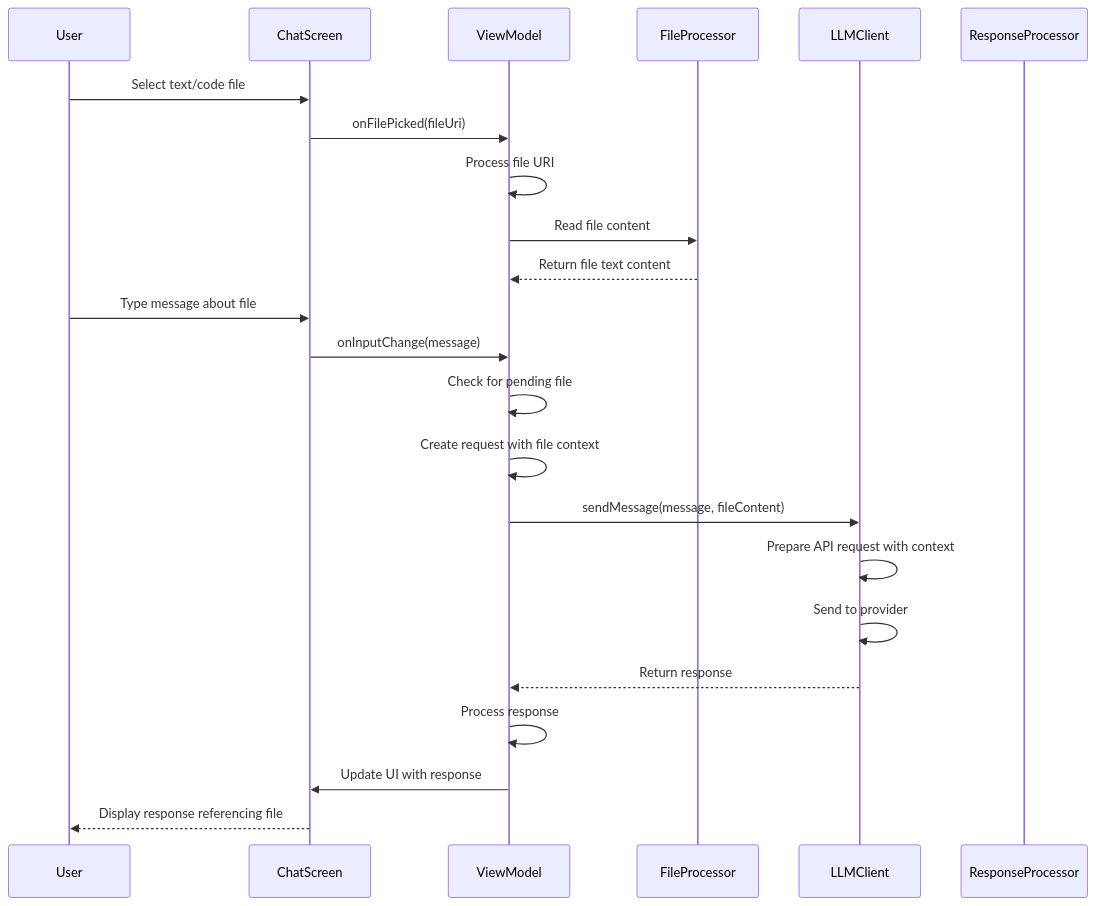
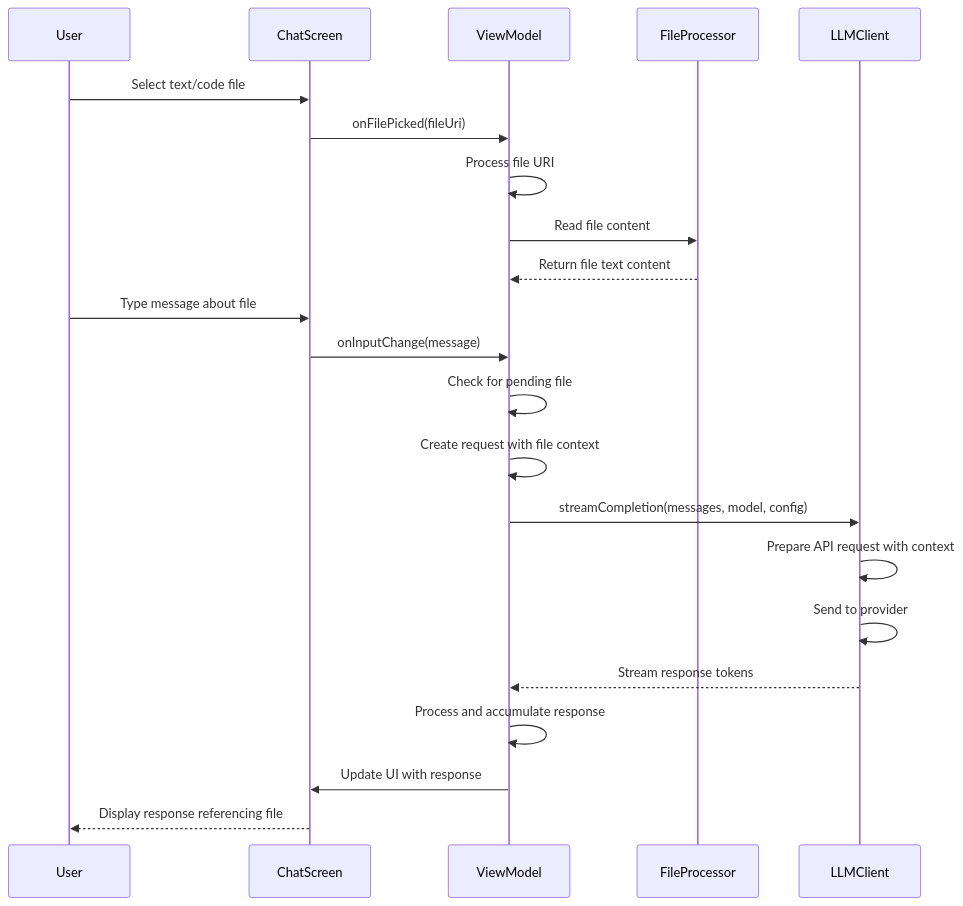
Before and after one commit to lehoang318/buddy: the fifth of 10 diagrams in docs/seq_chat.md, drawn with Mermaid. The commit also changed other lines of this file and 7 other files, not shown here.

````diff
--- a/docs/seq_chat.md
+++ b/docs/seq_chat.md
@@ -118,26 +118,25 @@
 ```mermaid
 sequenceDiagram
     participant User
     participant ChatScreen
     participant ViewModel
     participant FileProcessor
     participant LLMClient
-    participant ResponseProcessor
 
     User->>ChatScreen: Select text/code file
     ChatScreen->>ViewModel: onFilePicked(fileUri)
     ViewModel->>ViewModel: Process file URI
     ViewModel->>FileProcessor: Read file content
     FileProcessor-->>ViewModel: Return file text content
     User->>ChatScreen: Type message about file
     ChatScreen->>ViewModel: onInputChange(message)
     ViewModel->>ViewModel: Check for pending file
     ViewModel->>ViewModel: Create request with file context
-    ViewModel->>LLMClient: sendMessage(message, fileContent)
+    ViewModel->>LLMClient: streamCompletion(messages, model, config)
     LLMClient->>LLMClient: Prepare API request with context
     LLMClient->>LLMClient: Send to provider
-    LLMClient-->>ViewModel: Return response
-    ViewModel->>ViewModel: Process response
+    LLMClient-->>ViewModel: Stream response tokens
+    ViewModel->>ViewModel: Process and accumulate response
     ViewModel->>ChatScreen: Update UI with response
     ChatScreen-->>User: Display response referencing file
 ```
````
